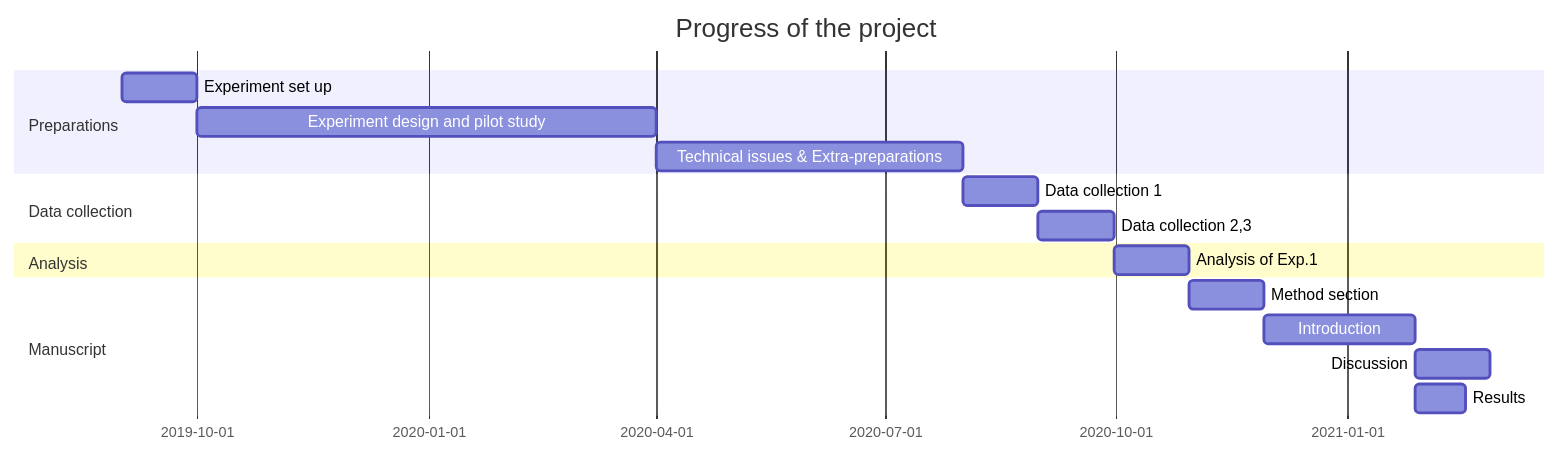
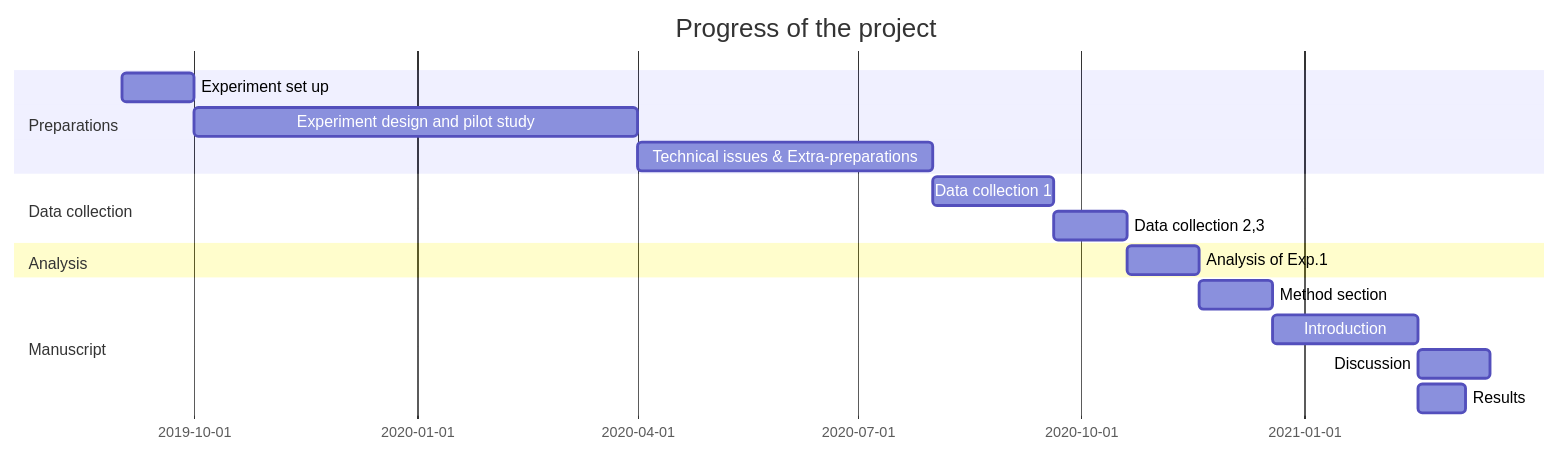
Before and after one commit to wachtlerlab/colornoise: the diagram in README.md, drawn with Mermaid. The commit also changed other lines of this file, not shown here.

````diff
--- a/README.md
+++ b/README.md
@@ -11,27 +10,27 @@
 ```mermaid
 gantt
   dateFormat YYYY-MM-DD
   title Progress of the project
   
   section Preparations
   Experiment set up                     :set-up, 2019-09-01, 2019-10-01
   Experiment design and pilot study     :design, 2019-10-01, 2020-04-01
   Technical issues & Extra-preparations :extra, 2020-04-01, 2020-08-01
   
 
   section Data collection
-  Data collection 1        :exp1, after extra, 30d
+  Data collection 1        :exp1, after extra, 50d
   Data collection 2,3      :exp2, after exp1, 30d
   
 
   section Analysis
   Analysis of Exp.1            :ana1, after exp2, 30d
 
 
   section Manuscript
   Method section                :man1, after ana1, 30d
   Introduction                  :man3, after man1, 60d
   Discussion                    :man4, after man3, 30d
   Results                       :man2, after man3, 20d
   
 ```
````
